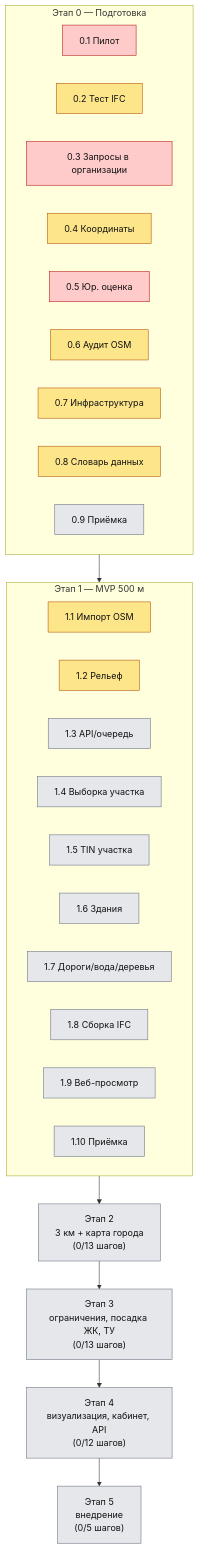
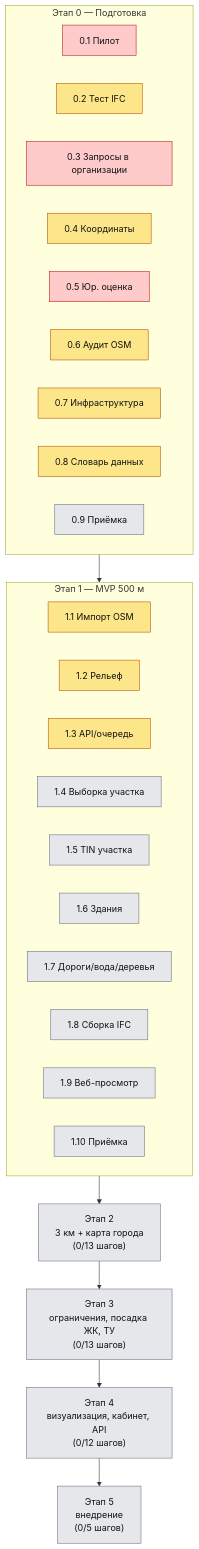
One commit to senkinegor1803-byte/Topology- changed the diagram in docs/dev-tree.md. Above: the diagram before and after it, drawn with Mermaid. The commit also changed other lines of this file and 26 other files, not shown here.

````diff
--- a/docs/dev-tree.md
+++ b/docs/dev-tree.md
@@ -18,40 +18,40 @@
 ```mermaid
 flowchart TD
     subgraph E0["Этап 0 — Подготовка"]
         direction LR
         S01["0.1 Пилот"]:::blocked
         S02["0.2 Тест IFC"]:::partial
         S03["0.3 Запросы в организации"]:::blocked
         S04["0.4 Координаты"]:::partial
         S05["0.5 Юр. оценка"]:::blocked
         S06["0.6 Аудит OSM"]:::partial
         S07["0.7 Инфраструктура"]:::partial
         S08["0.8 Словарь данных"]:::partial
         S09["0.9 Приёмка"]:::notstarted
     end
 
     subgraph E1["Этап 1 — MVP 500 м"]
         direction LR
         S11["1.1 Импорт OSM"]:::partial
         S12["1.2 Рельеф"]:::partial
-        S13["1.3 API/очередь"]:::notstarted
+        S13["1.3 API/очередь"]:::partial
         S14["1.4 Выборка участка"]:::notstarted
         S15["1.5 TIN участка"]:::notstarted
         S16["1.6 Здания"]:::notstarted
         S17["1.7 Дороги/вода/деревья"]:::notstarted
         S18["1.8 Сборка IFC"]:::notstarted
         S19["1.9 Веб-просмотр"]:::notstarted
         S110["1.10 Приёмка"]:::notstarted
     end
 
     E2["Этап 2<br/>3 км + карта города<br/>(0/13 шагов)"]:::notstarted
     E3["Этап 3<br/>ограничения, посадка ЖК, ТУ<br/>(0/13 шагов)"]:::notstarted
     E4["Этап 4<br/>визуализация, кабинет, API<br/>(0/12 шагов)"]:::notstarted
     E5["Этап 5<br/>внедрение<br/>(0/5 шагов)"]:::notstarted
 
     E0 --> E1 --> E2 --> E3 --> E4 --> E5
 
     classDef partial fill:#fde68a,stroke:#b45309,color:#111;
     classDef blocked fill:#fecaca,stroke:#b91c1c,color:#111;
     classDef notstarted fill:#e5e7eb,stroke:#6b7280,color:#111;
 ```
````
